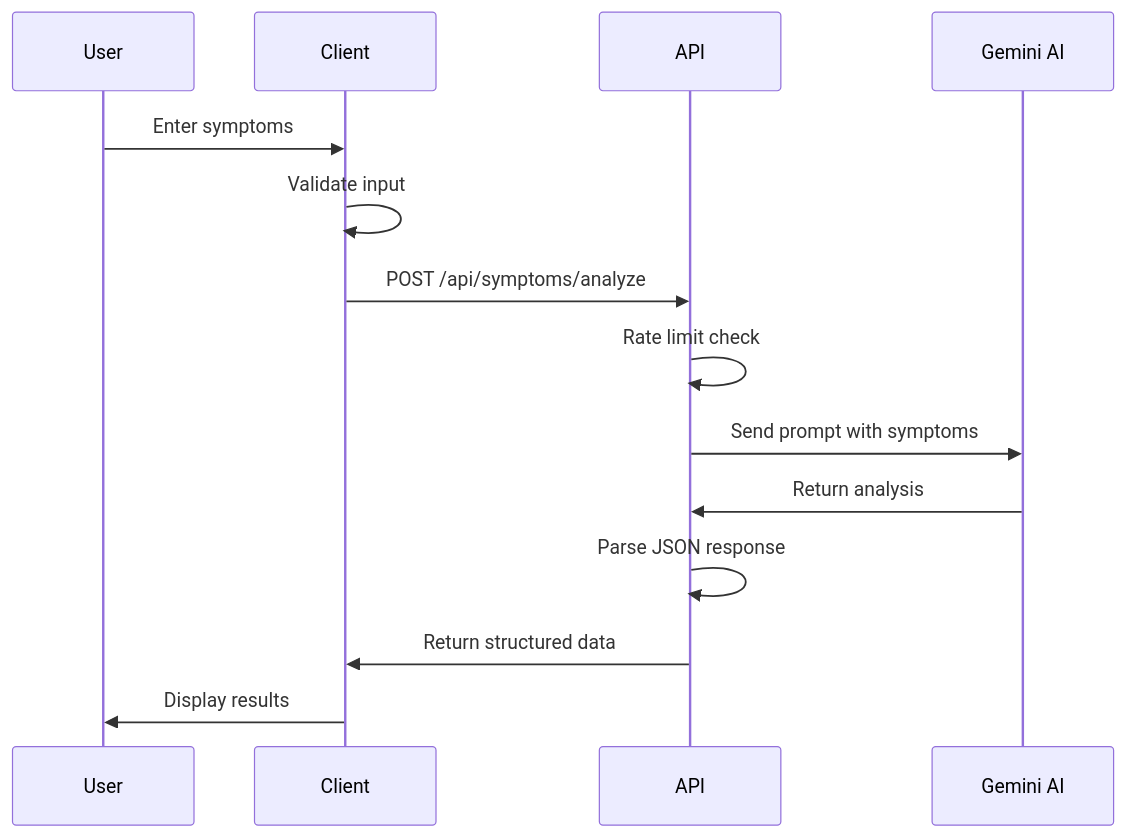
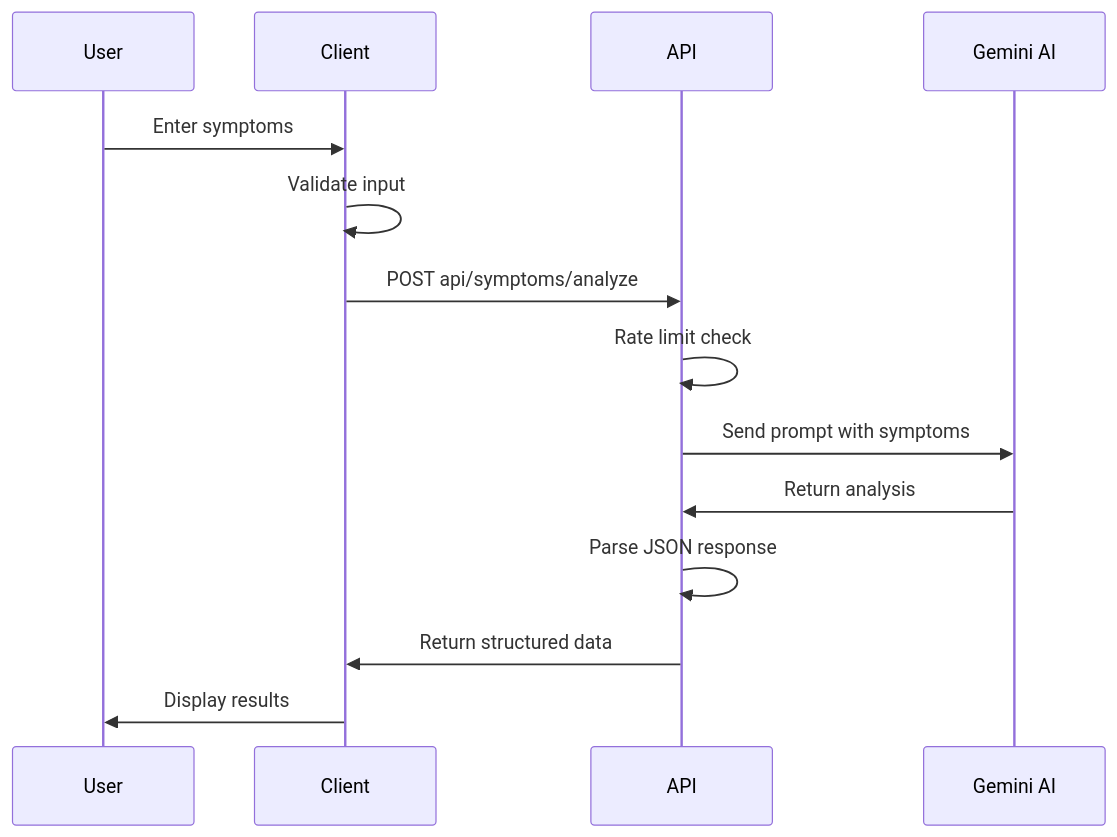
One commit to muhammaddseemab-dot/mediguide-ai changed the fourth of 10 diagrams in Architecture.md. Above: the diagram before and after it, drawn with Mermaid. The commit also changed other lines of this file, not shown here.

````diff
--- a/Architecture.md
+++ b/Architecture.md
@@ -212,17 +212,17 @@
 ```mermaid
 sequenceDiagram
     participant U as User
     participant C as Client
     participant A as API
     participant G as Gemini AI
     
     U->>C: Enter symptoms
     C->>C: Validate input
-    C->>A: POST /api/symptoms/analyze
+    C->>A: POST api/symptoms/analyze
     A->>A: Rate limit check
     A->>G: Send prompt with symptoms
     G->>A: Return analysis
     A->>A: Parse JSON response
     A->>C: Return structured data
     C->>U: Display results
 ```
````
